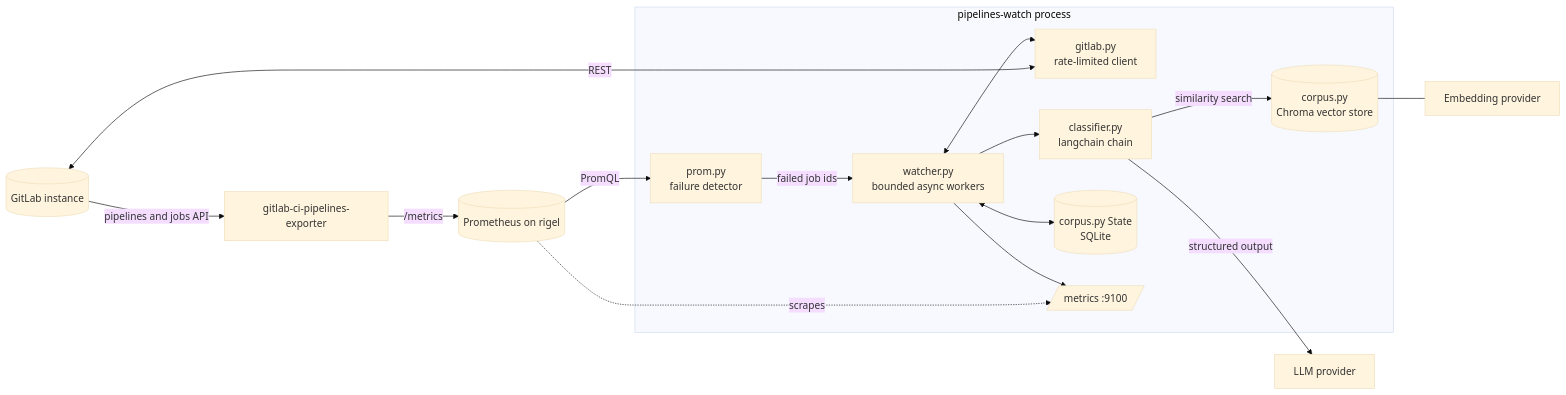
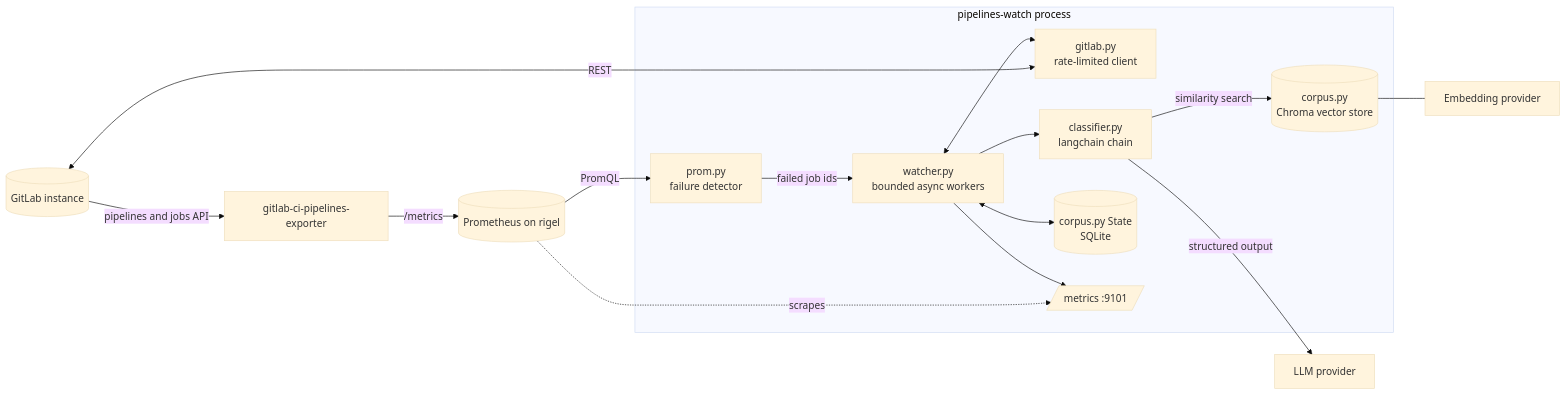
The first of 5 diagrams in ARCHITECTURE.md (vicentebolea/gitlab-pipelines-watch), drawn with Mermaid (base theme) before and after one commit. The commit also changed other lines of this file and 436 other files, not shown here.

````diff
--- a/ARCHITECTURE.md
+++ b/ARCHITECTURE.md
@@ -23,32 +23,32 @@
 ```mermaid
 flowchart LR
     GL[(GitLab instance)]
     EXP[gitlab-ci-pipelines-exporter]
     PROM[(Prometheus on rigel)]
     LLM[LLM provider]
     EMB[Embedding provider]
 
     subgraph APP[pipelines-watch process]
         DET[prom.py<br/>failure detector]
         WRK[watcher.py<br/>bounded async workers]
         GLC[gitlab.py<br/>rate-limited client]
         CLS[classifier.py<br/>langchain chain]
         COR[(corpus.py<br/>Chroma vector store)]
         ST[(corpus.py State<br/>SQLite)]
-        MET[/metrics :9100/]
+        MET[/metrics :9101/]
     end
 
     GL -- pipelines and jobs API --> EXP
     EXP -- /metrics --> PROM
     PROM -- PromQL --> DET
     DET -- failed job ids --> WRK
     WRK <--> GLC
     GLC <-- REST --> GL
     WRK --> CLS
     CLS -- similarity search --> COR
     COR --- EMB
     CLS -- structured output --> LLM
     WRK <--> ST
     WRK --> MET
     PROM -. scrapes .-> MET
 ```
````
